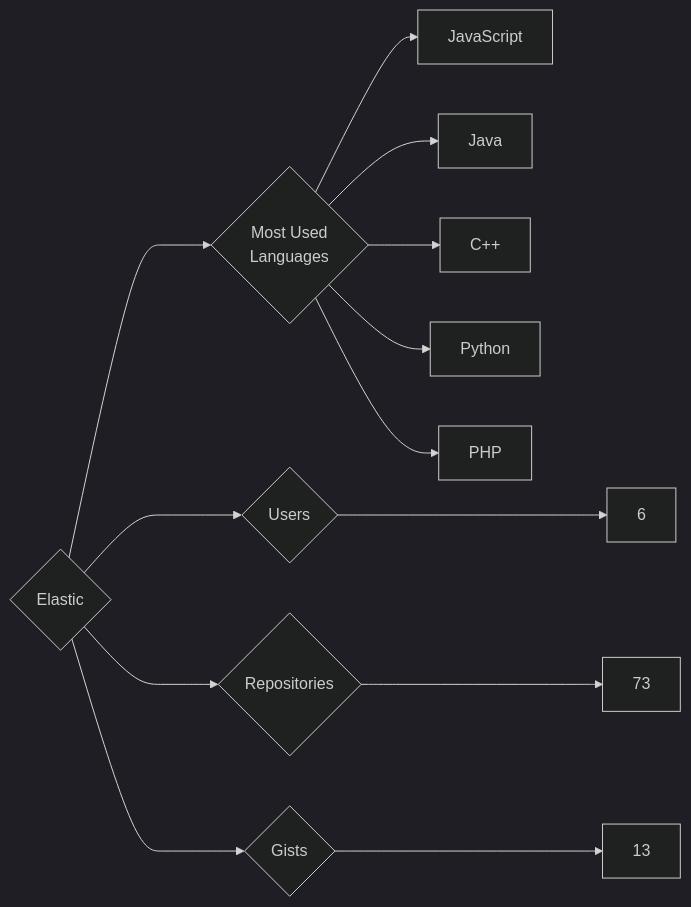
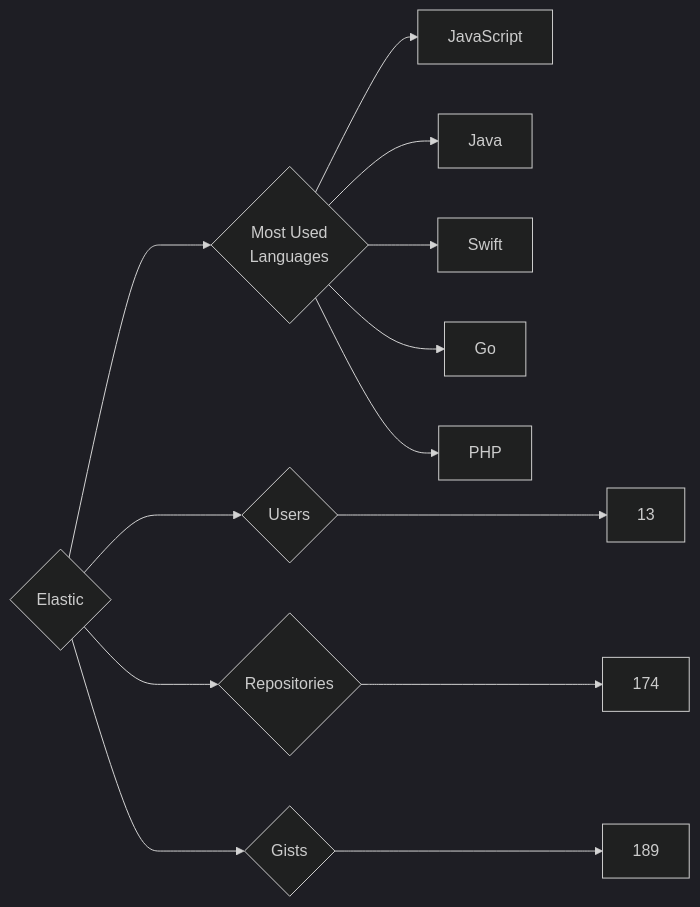
The diagram in targets/Elastic/README.md (trickest/insiders), drawn with Mermaid (dark theme) before and after one commit. The commit also changed 993 other files, not shown here.

````diff
--- a/targets/Elastic/README.md
+++ b/targets/Elastic/README.md
@@ -3,13 +3,13 @@
 ```mermaid
 graph LR
 COMPANY_NAME{Elastic}
-COMPANY_NAME ---> U{Users} ---> UN[6]
-COMPANY_NAME ---> R{Repositories} ---> RN[73]
-COMPANY_NAME ---> G{Gists} ---> GN[13]
+COMPANY_NAME ---> U{Users} ---> UN[13]
+COMPANY_NAME ---> R{Repositories} ---> RN[174]
+COMPANY_NAME ---> G{Gists} ---> GN[189]
 COMPANY_NAME ---> ML{Most Used<br>Languages}
 ML --> JavaScript[JavaScript]
 ML --> Java[Java]
-ML --> C++[C++]
-ML --> Python[Python]
+ML --> Swift[Swift]
+ML --> Go[Go]
 ML --> PHP[PHP]
 ```
````
